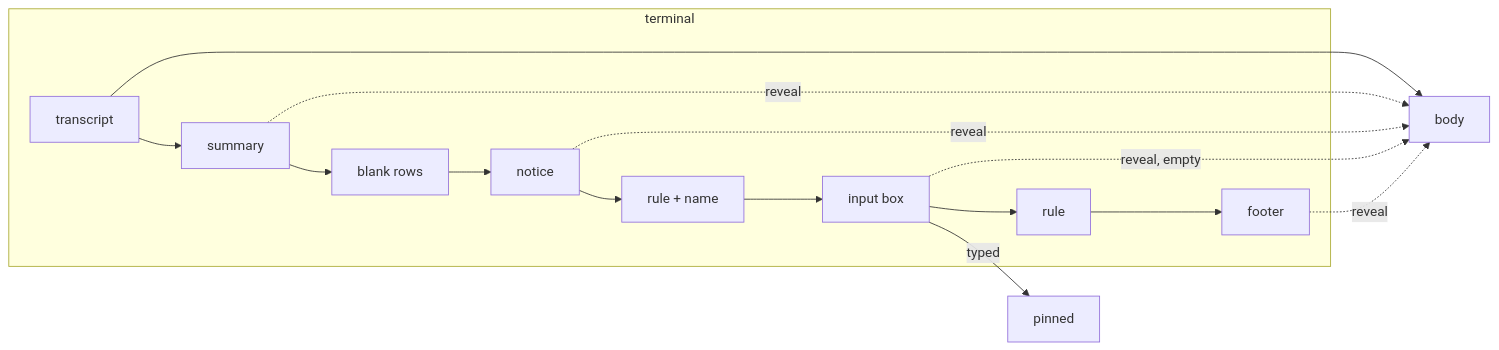
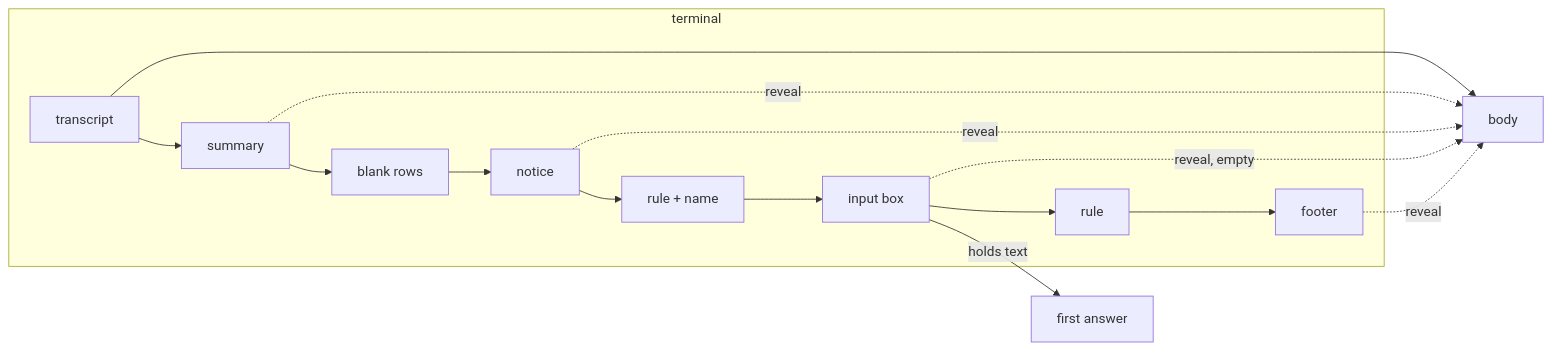
The diagram in docs/features/lenses.md (notmarkopadjen/muxway-glasses-even), drawn with Mermaid before and after one commit. The commit also changed other lines of this file and 16 other files, not shown here.

First line of the commit message:
The suggestion is the first answer, no head, a scroll marks a column

````diff
--- a/docs/features/lenses.md
+++ b/docs/features/lenses.md
@@ -48,12 +49,12 @@
 ```mermaid
 flowchart LR
     subgraph terminal
         T[transcript] --> S[summary] --> E[blank rows] --> N[notice] --> R1[rule + name] --> B[input box] --> R2[rule] --> F[footer]
     end
     T --> body
-    B -- typed --> pinned
+    B -- "holds text" --> answer[first answer]
     S -. "reveal" .-> body
     N -. "reveal" .-> body
     B -. "reveal, empty" .-> body
     F -. "reveal" .-> body
 ```
````
